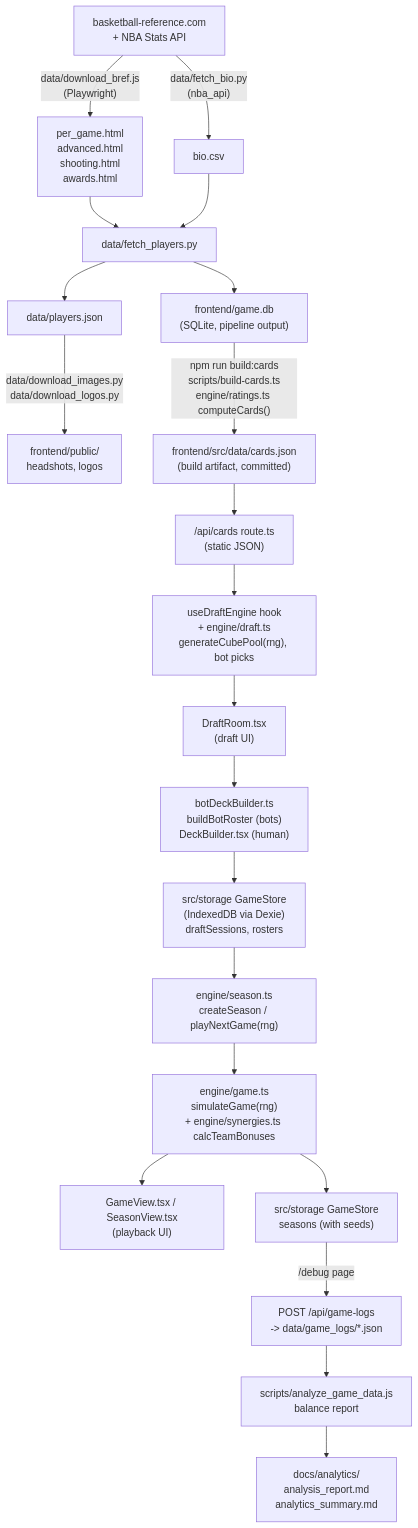
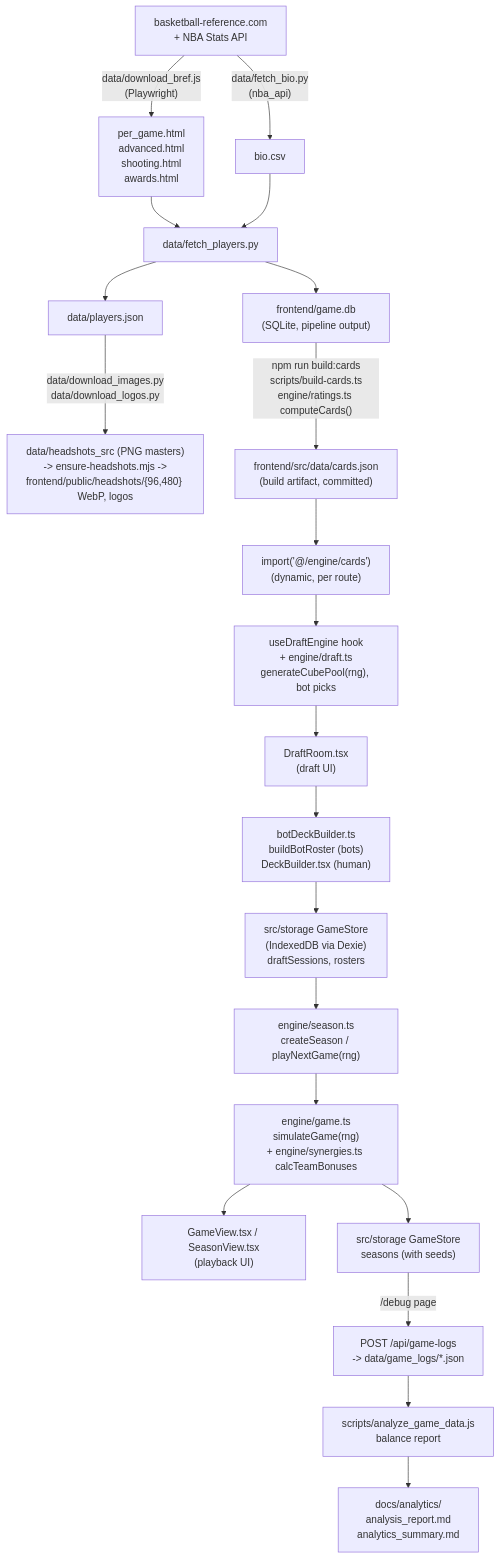
Before and after one commit to Fvnguyen/hoops-draft: the diagram in docs/ARCHITECTURE.md, drawn with Mermaid. The commit also changed other lines of this file and 4 other files, not shown here.

````diff
--- a/docs/ARCHITECTURE.md
+++ b/docs/ARCHITECTURE.md
@@ -5,23 +5,23 @@
 ```mermaid
 flowchart TD
     A["basketball-reference.com\n+ NBA Stats API"] -->|"data/download_bref.js\n(Playwright)"| B["per_game.html\nadvanced.html\nshooting.html\nawards.html"]
     A -->|"data/fetch_bio.py\n(nba_api)"| C["bio.csv"]
     B --> D["data/fetch_players.py"]
     C --> D
     D --> E["frontend/game.db\n(SQLite, pipeline output)"]
     D --> F["data/players.json"]
-    F -->|"data/download_images.py\ndata/download_logos.py"| G["frontend/public/\nheadshots, logos"]
+    F -->|"data/download_images.py\ndata/download_logos.py"| G["data/headshots_src (PNG masters)\n-> ensure-headshots.mjs ->\nfrontend/public/headshots/{96,480} WebP, logos"]
     E -->|"npm run build:cards\nscripts/build-cards.ts\nengine/ratings.ts computeCards()"| H["frontend/src/data/cards.json\n(build artifact, committed)"]
-    H --> I["/api/cards route.ts\n(static JSON)"]
+    H --> I["import('@/engine/cards')\n(dynamic, per route)"]
     I --> J["useDraftEngine hook\n+ engine/draft.ts\ngenerateCubePool(rng), bot picks"]
     J --> K["DraftRoom.tsx\n(draft UI)"]
     K --> L["botDeckBuilder.ts\nbuildBotRoster (bots)\nDeckBuilder.tsx (human)"]
     L --> M["src/storage GameStore\n(IndexedDB via Dexie)\ndraftSessions, rosters"]
     M --> N["engine/season.ts\ncreateSeason / playNextGame(rng)"]
     N --> O["engine/game.ts\nsimulateGame(rng)\n+ engine/synergies.ts calcTeamBonuses"]
     O --> P["GameView.tsx / SeasonView.tsx\n(playback UI)"]
     O --> Q["src/storage GameStore\nseasons (with seeds)"]
     Q -->|"/debug page"| R["POST /api/game-logs\n-> data/game_logs/*.json"]
     R --> S["scripts/analyze_game_data.js\nbalance report"]
     S --> T["docs/analytics/\nanalysis_report.md\nanalytics_summary.md"]
 ```
````
